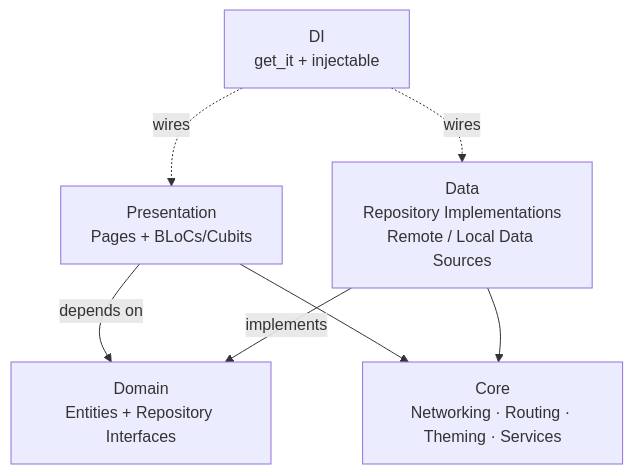
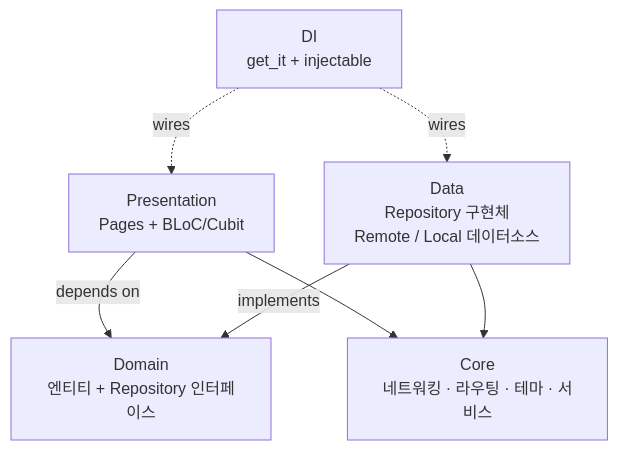
Before and after one commit to with-co-talk/co-talk-docs: the diagram in architecture/frontend.md, drawn with Mermaid. The commit also changed other lines of this file and 4 other files, not shown here.

````diff
--- a/architecture/frontend.md
+++ b/architecture/frontend.md
@@ -46,15 +29,15 @@
 ```mermaid
 graph TD
-    P[Presentation<br/>Pages + BLoCs/Cubits]
-    D[Domain<br/>Entities + Repository Interfaces]
-    DA[Data<br/>Repository Implementations<br/>Remote / Local Data Sources]
-    C[Core<br/>Networking · Routing · Theming · Services]
-    DI[DI<br/>get_it + injectable]
+    P["Presentation<br/>Pages + BLoC/Cubit"]
+    D["Domain<br/>엔티티 + Repository 인터페이스"]
+    DA["Data<br/>Repository 구현체<br/>Remote / Local 데이터소스"]
+    C["Core<br/>네트워킹 · 라우팅 · 테마 · 서비스"]
+    DI["DI<br/>get_it + injectable"]
 
     P -->|depends on| D
     DA -->|implements| D
     P --> C
     DA --> C
     DI -.->|wires| P
     DI -.->|wires| DA
 ```
````
